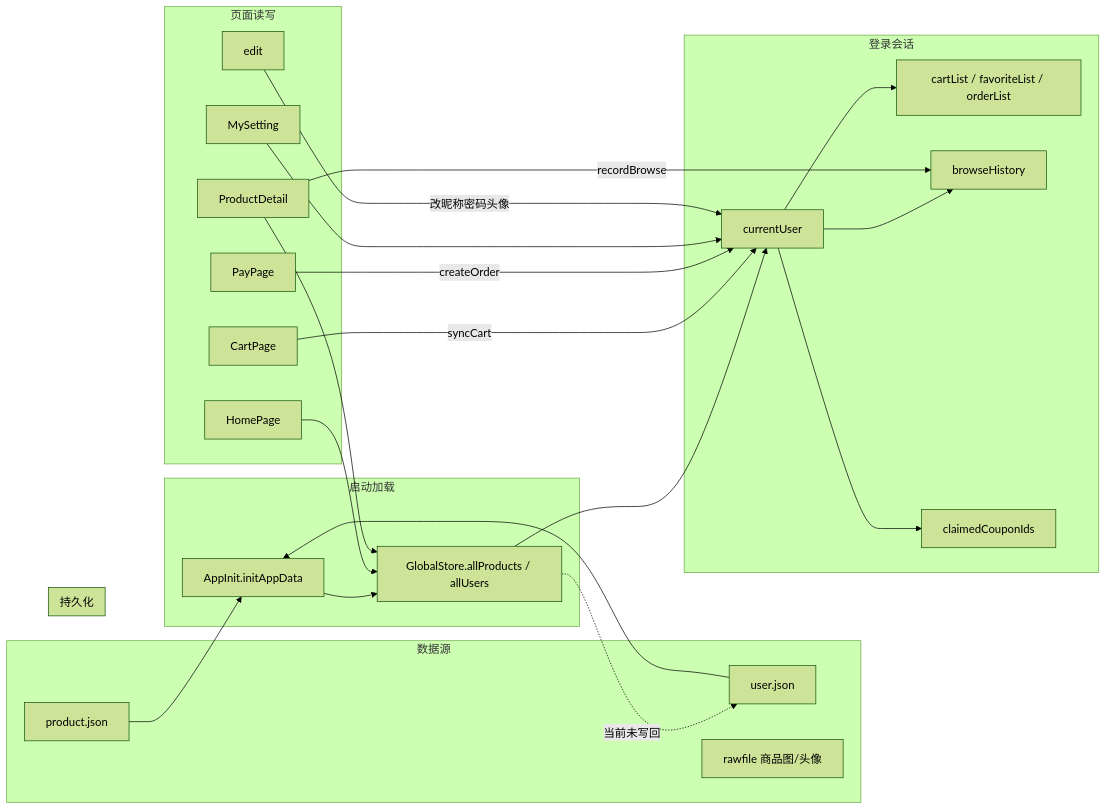
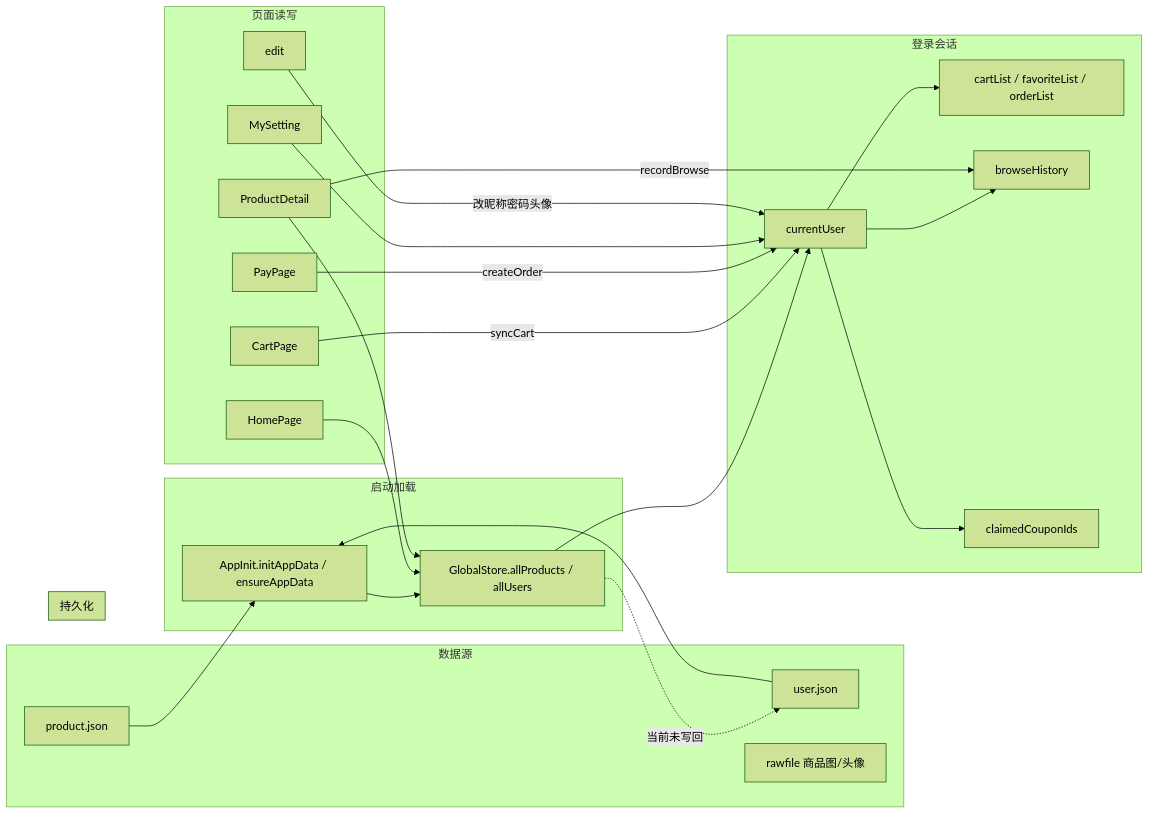
Before and after one commit to BuSu-twl/arkts-app: the third of 9 diagrams in docs/PROJECT.md, drawn with Mermaid (forest theme). The commit also changed other lines of this file and 46 other files, not shown here.

````diff
--- a/docs/PROJECT.md
+++ b/docs/PROJECT.md
@@ -118,36 +241,36 @@
 ```mermaid
 flowchart LR
   subgraph sources [数据源]
     PJ[product.json]
     UJ[user.json]
     RF[rawfile 商品图/头像]
   end
 
   subgraph init [启动加载]
-    AI[AppInit.initAppData]
+    AI[AppInit.initAppData / ensureAppData]
     PJ --> AI
     UJ --> AI
     AI --> GS[GlobalStore.allProducts / allUsers]
   end
 
   subgraph session [登录会话]
     GS --> CU[currentUser]
     CU --> CL[cartList / favoriteList / orderList]
     CU --> BH[browseHistory]
     CU --> CC[claimedCouponIds]
   end
 
   subgraph ui [页面读写]
     H[HomePage] --> GS
     D[ProductDetail] -->|recordBrowse| BH
   D --> GS
     C[CartPage] -->|syncCart| CU
     P[PayPage] -->|createOrder| CU
     M[MySetting] --> CU
     E[edit] -->|改昵称密码头像| CU
   end
 
   subgraph persist [持久化]
     GS -.->|当前未写回| UJ
   end
 ```
````
